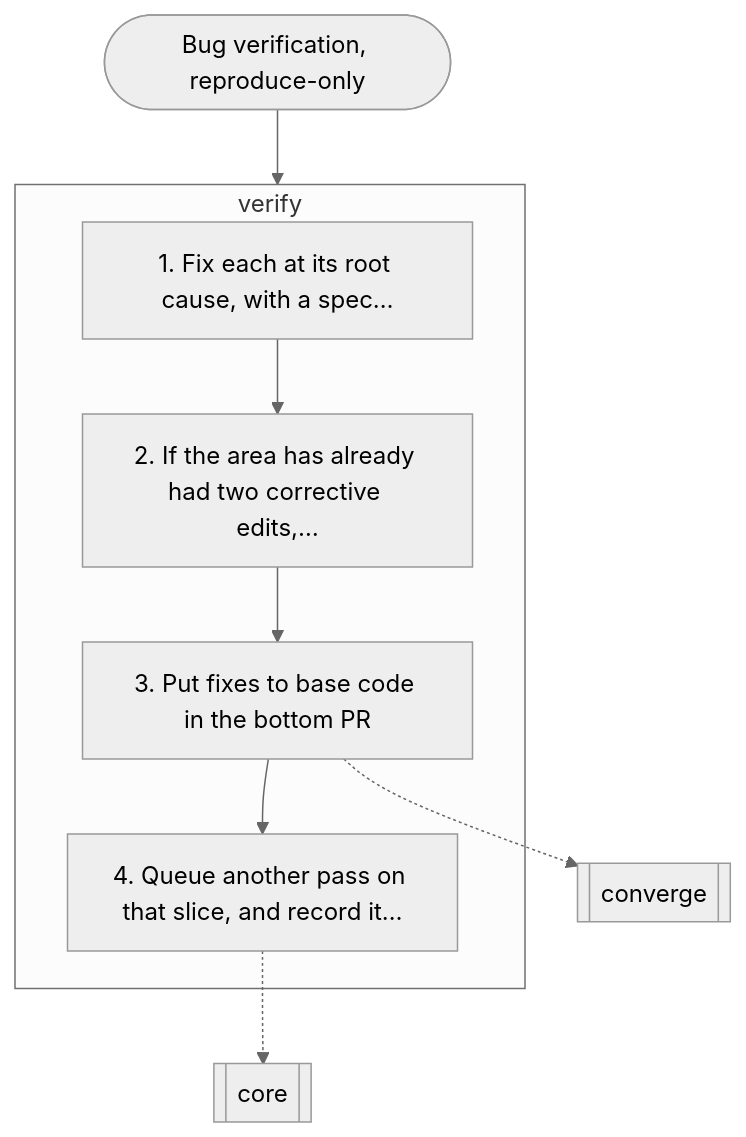
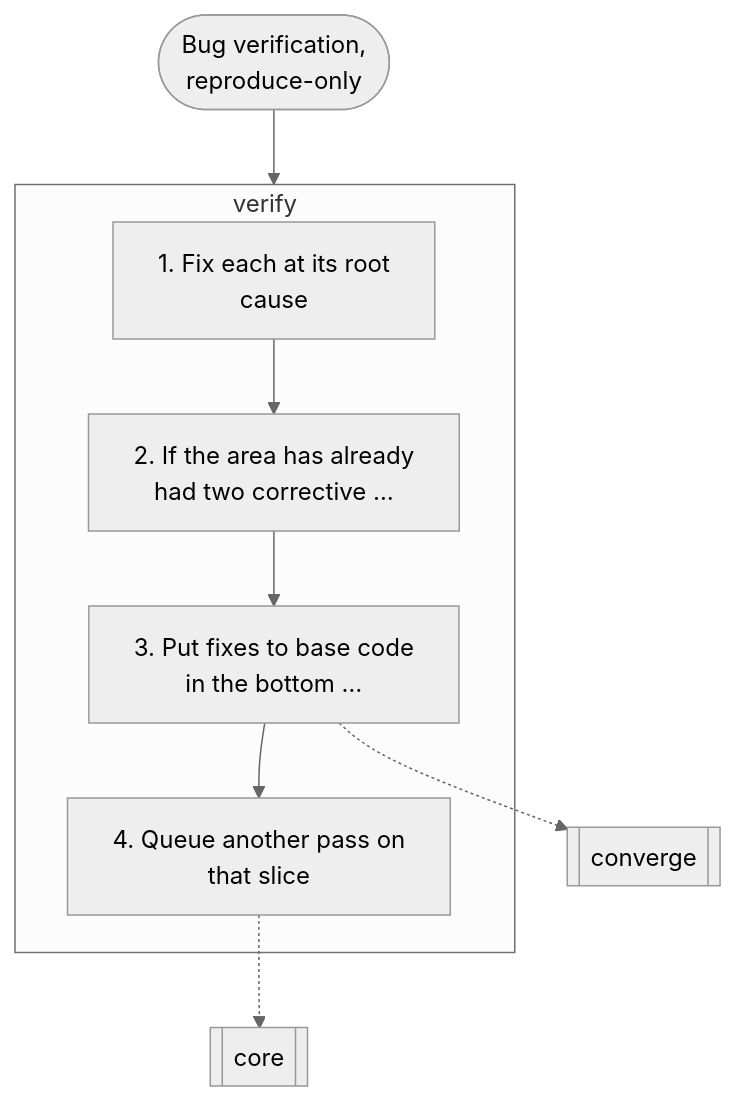
The eighth of 14 diagrams in docs/graphs.md (nitedani/mergeworthy), drawn with Mermaid (neutral theme) before and after one commit. The commit also changed other lines of this file and 1 other file, not shown here.

First line of the commit message:
Graphs: short labels wrapped into lines, so GitHub doesn't cut them off

````diff
--- a/docs/graphs.md
+++ b/docs/graphs.md
@@ -223,16 +223,16 @@
 ```mermaid
 flowchart TB
-  start(["Bug verification, reproduce-only"])
+  start(["Bug verification,<br/>reproduce-only"])
   subgraph g0["verify"]
-    s0["1. Fix each at its root cause, with a spec…"]
-    s1["2. If the area has already had two corrective edits,…"]
+    s0["1. Fix each at its root<br/>cause"]
+    s1["2. If the area has already<br/>had two corrective …"]
     s0 --> s1
-    s2["3. Put fixes to base code in the bottom PR"]
+    s2["3. Put fixes to base code<br/>in the bottom …"]
     s1 --> s2
-    s3["4. Queue another pass on that slice, and record it…"]
+    s3["4. Queue another pass on<br/>that slice"]
     s2 --> s3
   end
   s2 -.-> r1[["converge"]]
   s3 -.-> r2[["core"]]
   start --> g0
 ```
````
